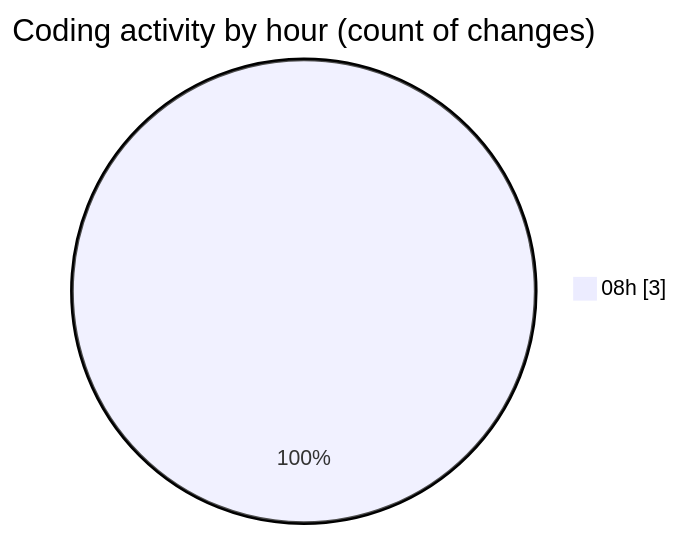
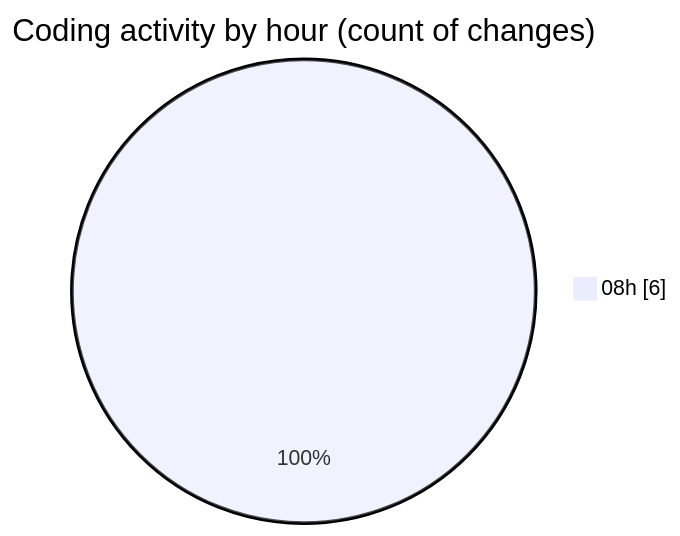
The second of 2 diagrams in 2025-05-06/htdocs/README.md (BS-eng2023/code-tracking), drawn with Mermaid before and after one commit. The commit also changed other lines of this file and 1 other file, not shown here.

````diff
--- a/2025-05-06/htdocs/README.md
+++ b/2025-05-06/htdocs/README.md
@@ -29,5 +30,5 @@
 ```mermaid
 pie showData
 title Coding activity by hour (count of changes)
-"08h" : 3
+"08h" : 6
 ```
````
